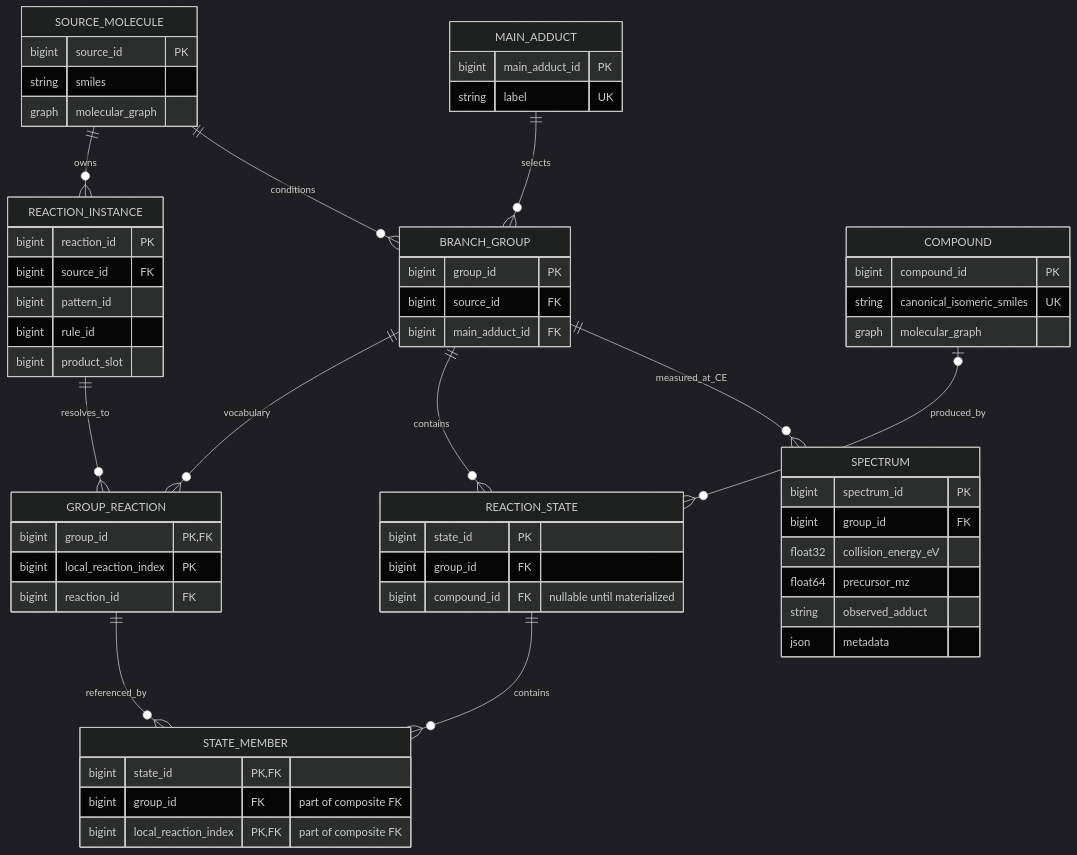
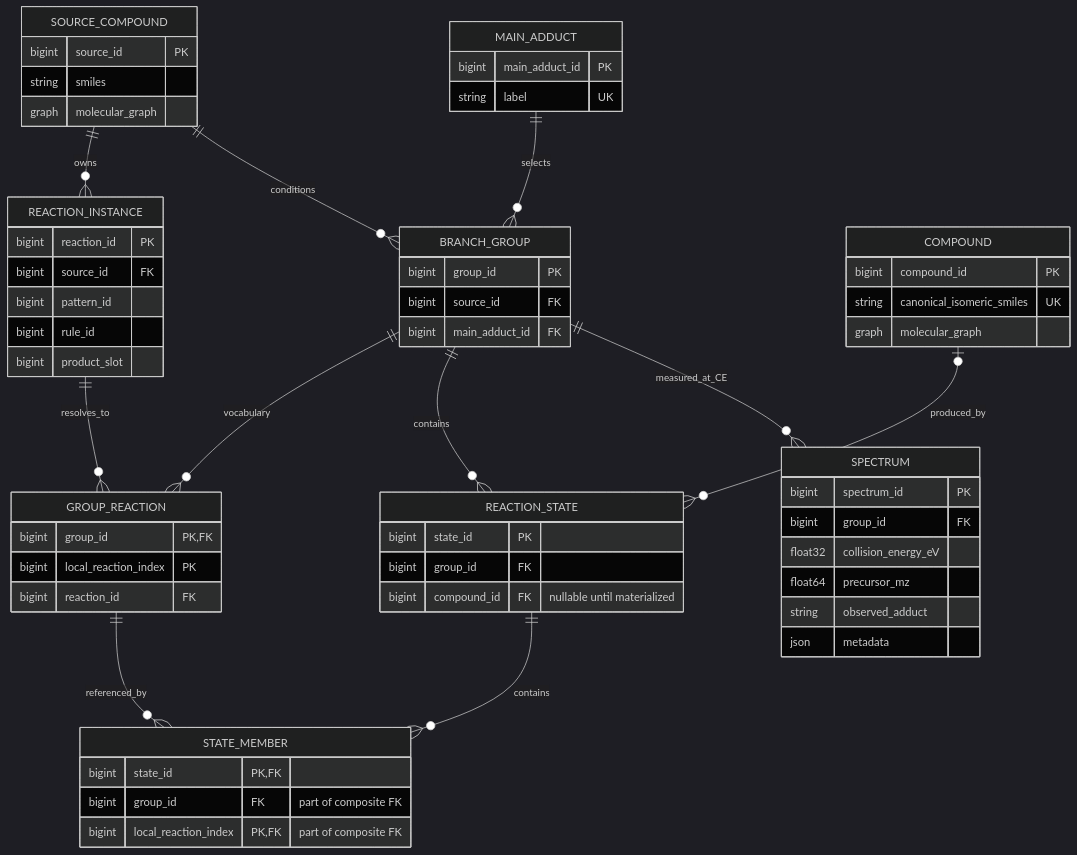
The third of 5 diagrams in fredis/ml/input/SCHEMA.md (MotohiroOGAWA/FREDIS), drawn with Mermaid (dark theme) before and after one commit. The commit also changed other lines of this file and 11 other files, not shown here.

Commit message:
refactor: Rename reaction_tree_index to reaction_source_compound_index across multiple modules

````diff
--- a/fredis/ml/input/SCHEMA.md
+++ b/fredis/ml/input/SCHEMA.md
@@ -196,63 +318,63 @@
 ```mermaid
 erDiagram
-    SOURCE_MOLECULE ||--o{ REACTION_INSTANCE : owns
-    SOURCE_MOLECULE ||--o{ BRANCH_GROUP : conditions
+    SOURCE_COMPOUND ||--o{ REACTION_INSTANCE : owns
+    SOURCE_COMPOUND ||--o{ BRANCH_GROUP : conditions
     MAIN_ADDUCT ||--o{ BRANCH_GROUP : selects
     BRANCH_GROUP ||--o{ GROUP_REACTION : vocabulary
     REACTION_INSTANCE ||--o{ GROUP_REACTION : resolves_to
     BRANCH_GROUP ||--o{ REACTION_STATE : contains
     REACTION_STATE ||--o{ STATE_MEMBER : contains
     GROUP_REACTION ||--o{ STATE_MEMBER : referenced_by
     COMPOUND o|--o{ REACTION_STATE : produced_by
     BRANCH_GROUP ||--o{ SPECTRUM : measured_at_CE
 
-    SOURCE_MOLECULE {
+    SOURCE_COMPOUND {
         bigint source_id PK
         string smiles
         graph molecular_graph
     }
     MAIN_ADDUCT {
         bigint main_adduct_id PK
         string label UK
     }
     BRANCH_GROUP {
         bigint group_id PK
         bigint source_id FK
         bigint main_adduct_id FK
     }
     REACTION_INSTANCE {
         bigint reaction_id PK
         bigint source_id FK
         bigint pattern_id
         bigint rule_id
         bigint product_slot
     }
     GROUP_REACTION {
         bigint group_id PK, FK
         bigint local_reaction_index PK
         bigint reaction_id FK
     }
     REACTION_STATE {
         bigint state_id PK
         bigint group_id FK
         bigint compound_id FK "nullable until materialized"
     }
     STATE_MEMBER {
         bigint state_id PK, FK
         bigint group_id FK "part of composite FK"
         bigint local_reaction_index PK, FK "part of composite FK"
     }
     COMPOUND {
         bigint compound_id PK
         string canonical_isomeric_smiles UK
         graph molecular_graph
     }
     SPECTRUM {
         bigint spectrum_id PK
         bigint group_id FK
         float32 collision_energy_eV
         float64 precursor_mz
         string observed_adduct
         json metadata
     }
 ```
````
